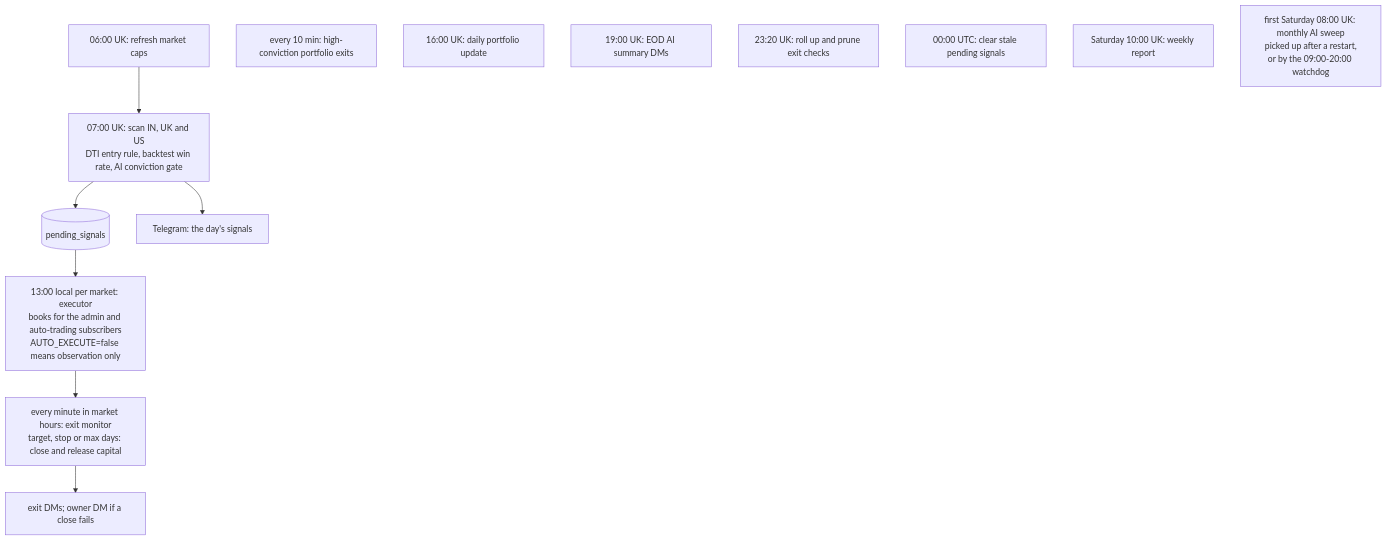
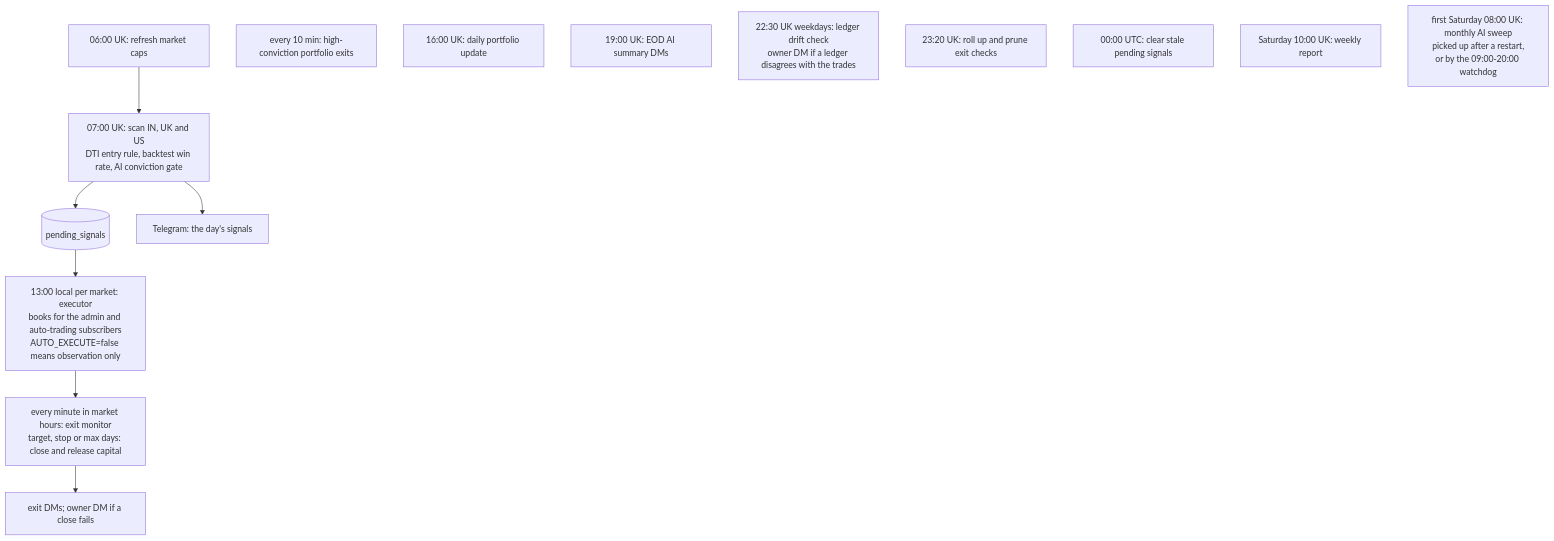
Before and after one commit to ketanswebsite/signalforge: the second of 2 diagrams in README.md, drawn with Mermaid. The commit also changed other lines of this file and 8 other files, not shown here.

````diff
--- a/README.md
+++ b/README.md
@@ -275,16 +276,17 @@
 ```mermaid
 flowchart TB
   MC["06:00 UK: refresh market caps"] --> SC
   SC["07:00 UK: scan IN, UK and US<br/>DTI entry rule, backtest win rate, AI conviction gate"] --> PS[("pending_signals")]
   SC --> TB["Telegram: the day's signals"]
   PS --> EX["13:00 local per market: executor<br/>books for the admin and auto-trading subscribers<br/>AUTO_EXECUTE=false means observation only"]
   EX --> MON["every minute in market hours: exit monitor<br/>target, stop or max days: close and release capital"]
   MON --> DM["exit DMs; owner DM if a close fails"]
   HC["every 10 min: high-conviction portfolio exits"]
   UP["16:00 UK: daily portfolio update"]
   EOD["19:00 UK: EOD AI summary DMs"]
+  LD["22:30 UK weekdays: ledger drift check<br/>owner DM if a ledger disagrees with the trades"]
   RET["23:20 UK: roll up and prune exit checks"]
   CL["00:00 UTC: clear stale pending signals"]
   WK["Saturday 10:00 UK: weekly report"]
   SW["first Saturday 08:00 UK: monthly AI sweep<br/>picked up after a restart,<br/>or by the 09:00-20:00 watchdog"]
 ```
````
